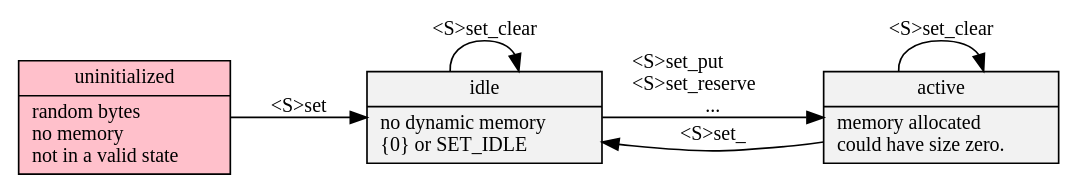
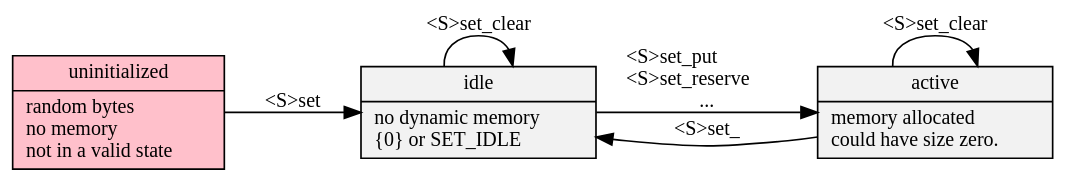
Before and after one commit to neil-edelman/boxes: the diagram in web/states.gv, drawn with Graphviz. The commit also changed 4 other files, not shown here.

Commit message:
transparent graphs, sweeet!

```diff
--- a/web/states.gv
+++ b/web/states.gv
@@ -1,18 +1,19 @@
 digraph {
 	rankdir = LR;
+	graph [truecolor=true, bgcolor=transparent];
 	node [shape = "record", style=filled, fillcolor="Grey95"];
 	fontname = "Bitstream Vera Sans";
 	fontsize = 12;
 	node [fontname = "Bitstream Vera Sans", fontsize = 12];
 	edge [fontname = "Bitstream Vera Sans" fontsize = 12];
 
 	node [shape=record, style=filled];
 	null [label="uninitialized|random bytes\lno memory\lnot in a valid state\l", fillcolor="Pink"];
 	static [ label = "idle|no dynamic memory\l\{0\} or SET_IDLE\l" ];
 	dynamic [ label = "active|memory allocated\lcould have size zero.\l" ];
 	null -> static [ label = "<S>set" ];
 	static -> dynamic [ label = "<S>set_put\l<S>set_reserve\l..." ];
 	dynamic -> static [ label = "<S>set_" ];
 	dynamic -> dynamic [ label = "<S>set_clear" ];
 	static -> static [ label = "<S>set_clear" ];
 }
```
